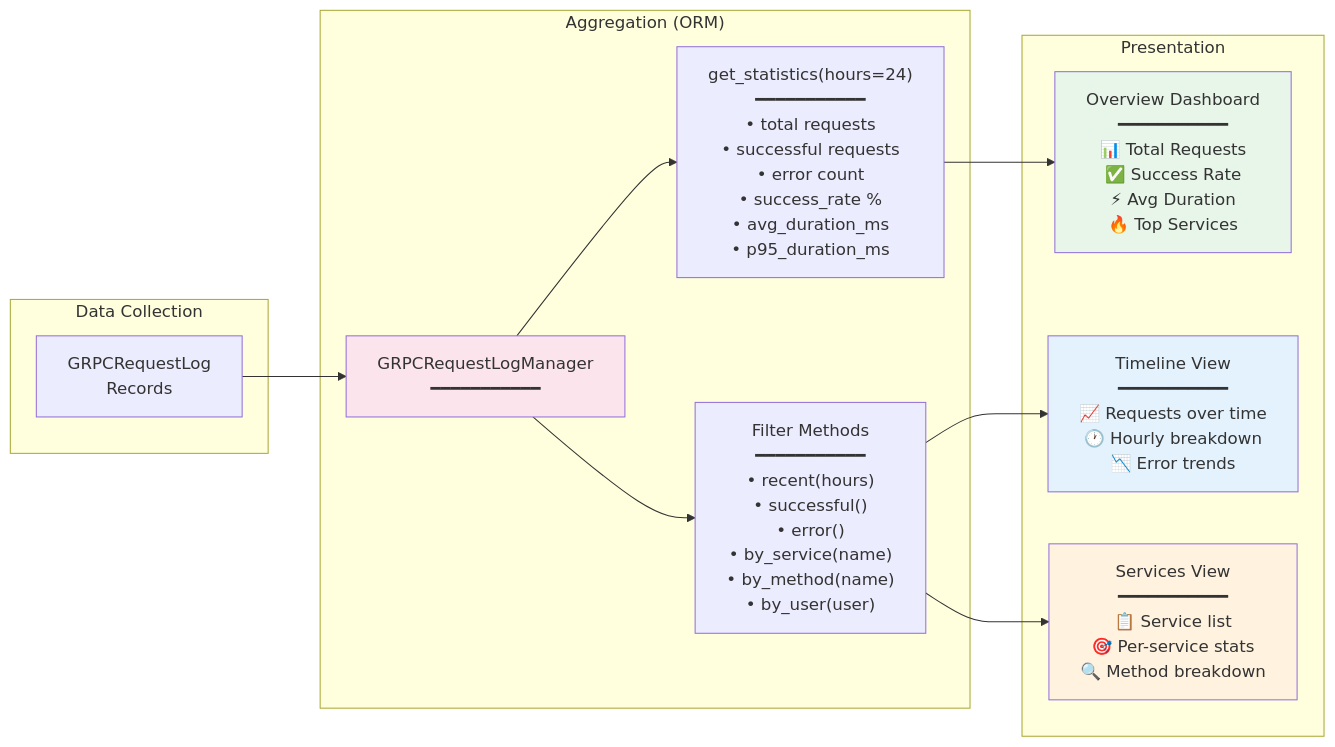
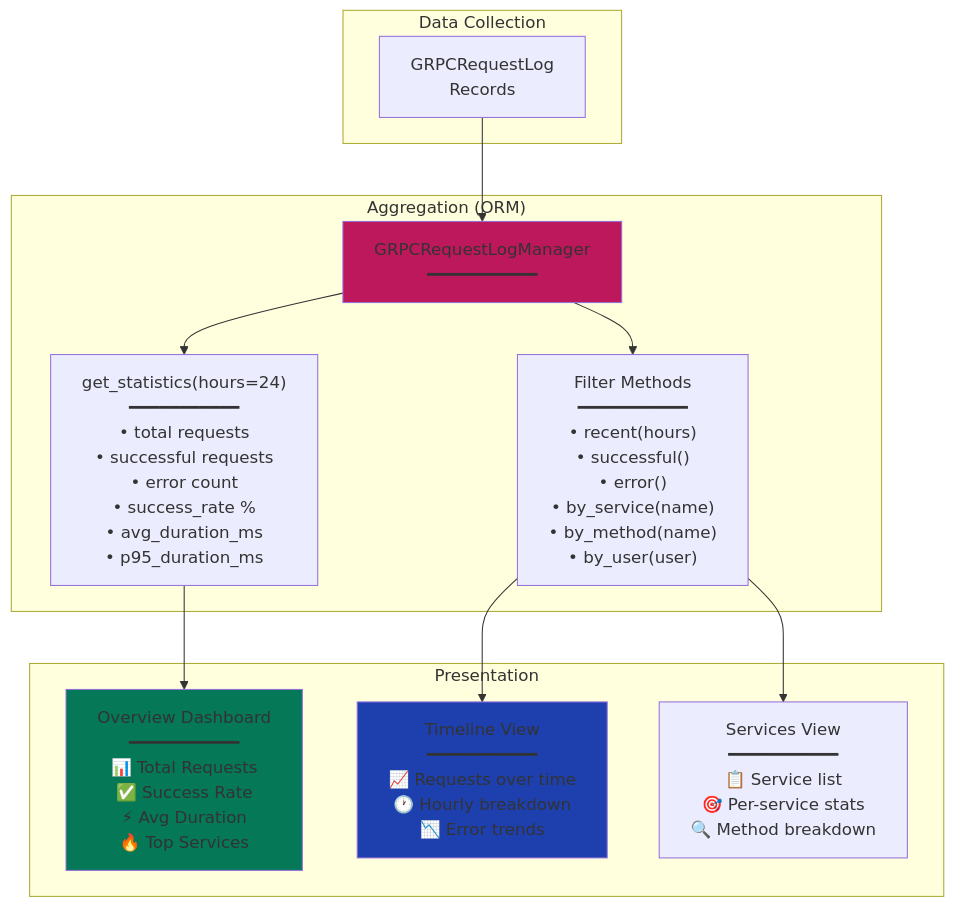
One commit to markolofsen/django-cfg changed the tenth of 12 diagrams in docs/features/integrations/grpc/architecture.md. Above: the diagram before and after it, drawn with Mermaid. The commit also changed other lines of this file and 10 other files, not shown here.

````diff
--- a/docs/features/integrations/grpc/architecture.md
+++ b/docs/features/integrations/grpc/architecture.md
@@ -495,35 +493,34 @@
 ```mermaid
-graph LR
+graph TB
     subgraph "Data Collection"
         Logs["GRPCRequestLog<br/>Records"]
     end
 
     subgraph "Aggregation (ORM)"
         Manager["GRPCRequestLogManager<br/>━━━━━━━━━━━"]
 
         Stats["get_statistics(hours=24)<br/>━━━━━━━━━━━<br/>• total requests<br/>• successful requests<br/>• error count<br/>• success_rate %<br/>• avg_duration_ms<br/>• p95_duration_ms"]
 
         Filters["Filter Methods<br/>━━━━━━━━━━━<br/>• recent(hours)<br/>• successful()<br/>• error()<br/>• by_service(name)<br/>• by_method(name)<br/>• by_user(user)"]
     end
 
     subgraph "Presentation"
         Overview["Overview Dashboard<br/>━━━━━━━━━━━<br/>📊 Total Requests<br/>✅ Success Rate<br/>⚡ Avg Duration<br/>🔥 Top Services"]
 
         Timeline["Timeline View<br/>━━━━━━━━━━━<br/>📈 Requests over time<br/>🕐 Hourly breakdown<br/>📉 Error trends"]
 
         Services["Services View<br/>━━━━━━━━━━━<br/>📋 Service list<br/>🎯 Per-service stats<br/>🔍 Method breakdown"]
     end
 
     Logs --> Manager
     Manager --> Stats
     Manager --> Filters
 
     Stats --> Overview
     Filters --> Timeline
     Filters --> Services
 
-    style Manager fill:#fce4ec
-    style Overview fill:#e8f5e9
-    style Timeline fill:#e3f2fd
-    style Services fill:#fff3e0
+    style Manager fill:#be185d
+    style Overview fill:#047857
+    style Timeline fill:#1e40af
 ```
````
